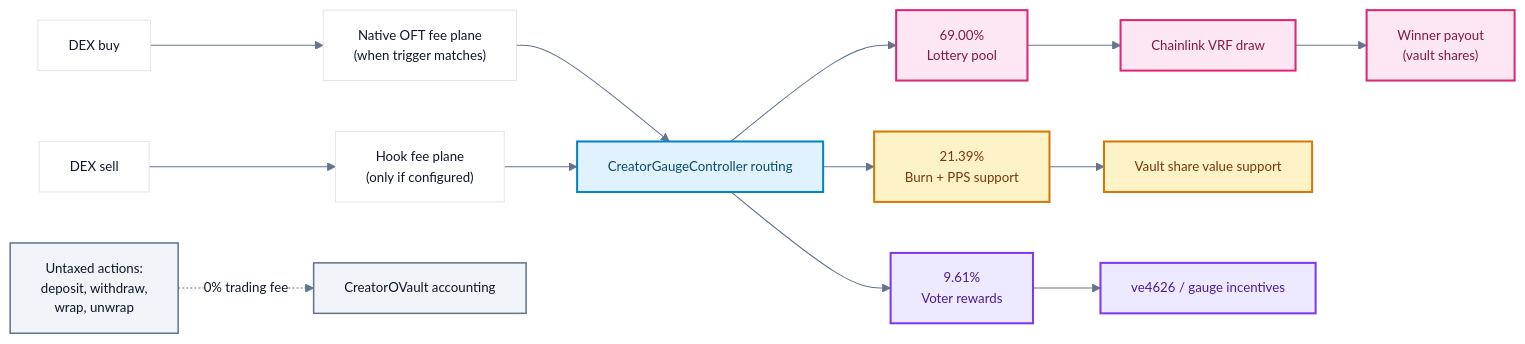
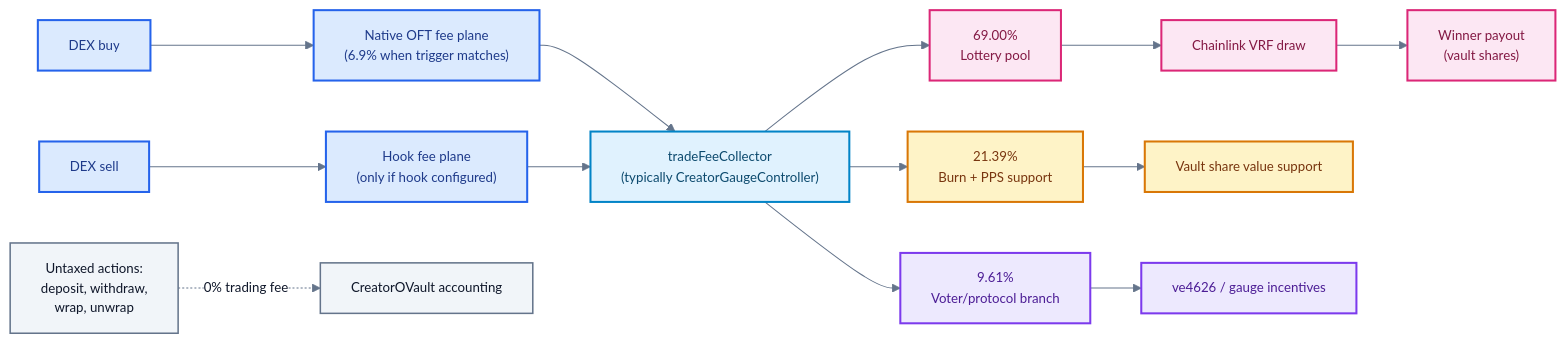
The third of 4 diagrams in docs/_generated/contracts/src/README.md (4626fun/4626), drawn with Mermaid before and after one commit. The commit also changed other lines of this file and 455 other files, not shown here.

````diff
--- a/docs/_generated/contracts/src/README.md
+++ b/docs/_generated/contracts/src/README.md
@@ -153,32 +156,32 @@
 ```mermaid
 %%{init: {"theme":"base","themeVariables":{"fontFamily":"Inter, ui-sans-serif, system-ui","fontSize":"13px","lineColor":"#64748B","primaryColor":"#FFFFFF","primaryTextColor":"#0F172A"}}}%%
 flowchart LR
-  BuyTrade["DEX buy"] --> NativeFee["Native OFT fee plane\n(when trigger matches)"]
-  SellTrade["DEX sell"] --> HookFee["Hook fee plane\n(only if configured)"]
-  NativeFee --> Gauge["CreatorGaugeController routing"]
+  BuyTrade["DEX buy"] --> NativeFee["Native OFT fee plane\n(6.9% when trigger matches)"]
+  SellTrade["DEX sell"] --> HookFee["Hook fee plane\n(only if hook configured)"]
+  NativeFee --> Gauge["tradeFeeCollector\n(typically CreatorGaugeController)"]
   HookFee --> Gauge
 
   Gauge --> Lottery["69.00%\nLottery pool"]
   Gauge --> Burn["21.39%\nBurn + PPS support"]
-  Gauge --> Rewards["9.61%\nVoter rewards"]
+  Gauge --> Rewards["9.61%\nVoter/protocol branch"]
 
   Lottery --> VRF["Chainlink VRF draw"]
   VRF --> Payout["Winner payout\n(vault shares)"]
   Burn --> PPS["Vault share value support"]
   Rewards --> Gov["ve4626 / gauge incentives"]
 
   Untaxed["Untaxed actions:\ndeposit, withdraw,\nwrap, unwrap"] -. "0% trading fee" .-> Vault["CreatorOVault accounting"]
 
   classDef source fill:#DBEAFE,stroke:#2563EB,stroke-width:2px,color:#1E3A8A;
   classDef router fill:#E0F2FE,stroke:#0284C7,stroke-width:2px,color:#0C4A6E;
   classDef lottery fill:#FCE7F3,stroke:#DB2777,stroke-width:2px,color:#831843;
   classDef burn fill:#FEF3C7,stroke:#D97706,stroke-width:2px,color:#78350F;
   classDef governance fill:#EDE9FE,stroke:#7C3AED,stroke-width:2px,color:#4C1D95;
   classDef neutral fill:#F1F5F9,stroke:#64748B,stroke-width:1.5px,color:#0F172A;
-  class Trade,Fee source;
+  class BuyTrade,SellTrade,NativeFee,HookFee source;
   class Gauge router;
   class Lottery,VRF,Payout lottery;
   class Burn,PPS burn;
   class Rewards,Gov governance;
   class Untaxed,Vault neutral;
 ```
````
